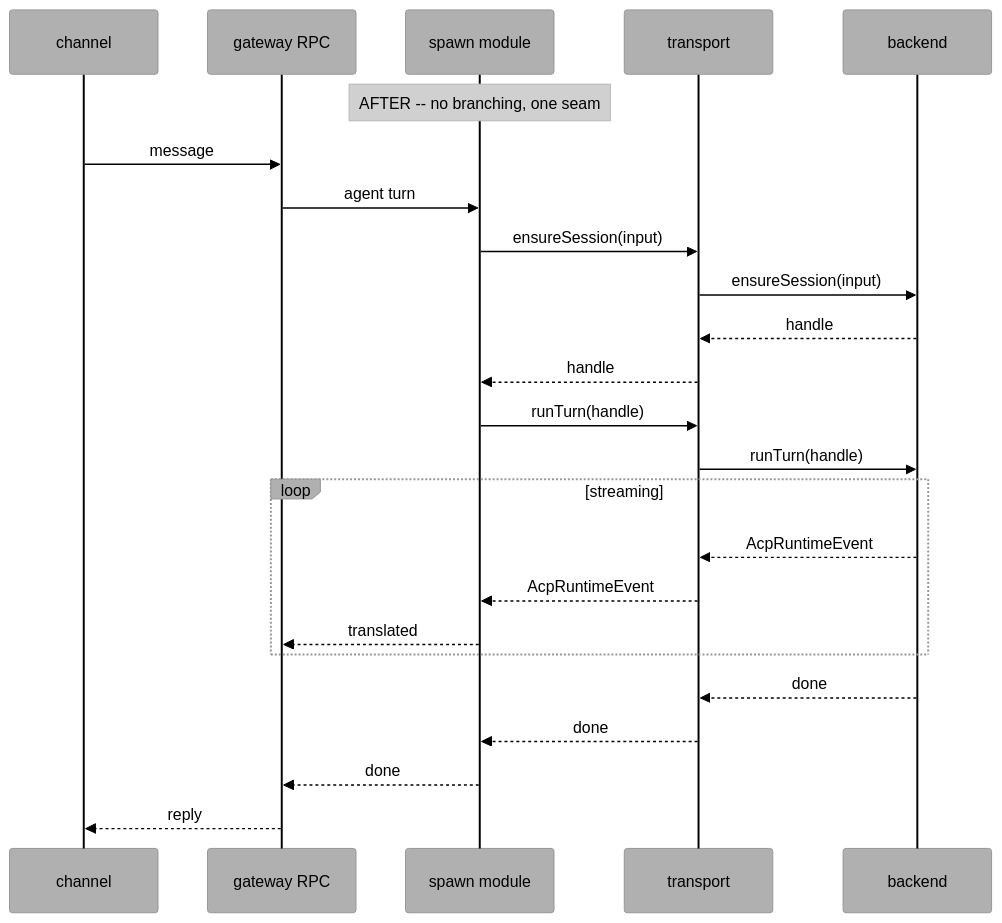
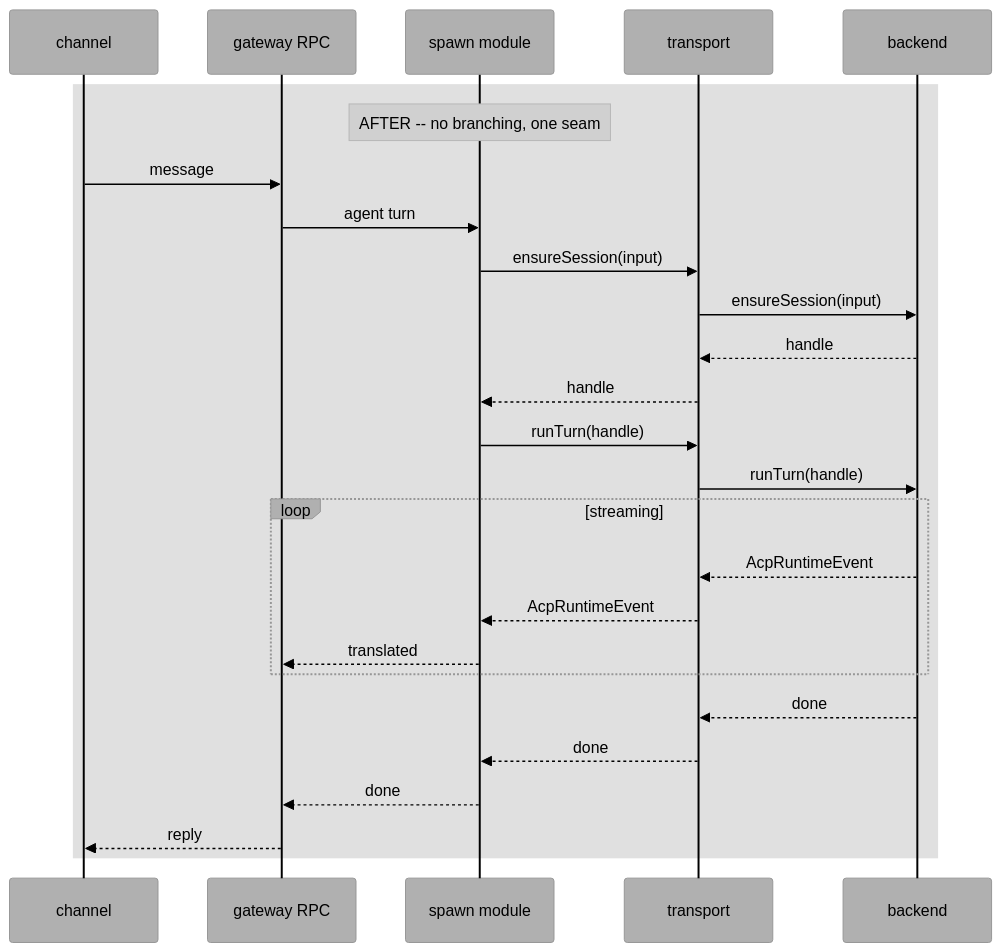
One commit to bochek/openclaw changed the fifth of 9 diagrams in docs/refactor/acp-everywhere.md. Above: the diagram before and after it, drawn with Mermaid. The commit also changed other lines of this file, not shown here.

Commit message:
docs: wrap ACP-everywhere sequence diagrams in native Mermaid rect blocks for dark-mode readability

````diff
--- a/docs/refactor/acp-everywhere.md
+++ b/docs/refactor/acp-everywhere.md
@@ -198,27 +200,29 @@
 ```mermaid
-%%{init: {'theme':'base','themeCSS':'svg{background:#e0e0e0;} .messageText{fill:#000000 !important;} .messageLine0,.messageLine1{stroke:#000000 !important;} text.actor{fill:#000000 !important;} .loopText,.loopText>tspan{fill:#000000 !important;} rect.actor{fill:#b0b0b0 !important;stroke:#000000 !important;}','themeVariables':{'background':'#e0e0e0','primaryColor':'#b0b0b0','secondaryColor':'#a0a0a0','tertiaryColor':'#909090','primaryTextColor':'#000000','secondaryTextColor':'#000000','tertiaryTextColor':'#000000','noteTextColor':'#000000','lineColor':'#000000','actorLineColor':'#000000','signalColor':'#000000','actorBkg':'#b0b0b0','actorTextColor':'#000000','noteBkgColor':'#d0d0d0','stateLabelColor':'#000000','compositeBackground':'#c0c0c0'}}}%%
+%%{init: {'theme':'base','themeVariables':{'primaryColor':'#b0b0b0','secondaryColor':'#a0a0a0','tertiaryColor':'#909090','primaryTextColor':'#000000','secondaryTextColor':'#000000','tertiaryTextColor':'#000000','noteTextColor':'#000000','lineColor':'#000000','actorLineColor':'#000000','signalColor':'#000000','actorBkg':'#b0b0b0','actorTextColor':'#000000','noteBkgColor':'#d0d0d0','stateLabelColor':'#000000','compositeBackground':'#c0c0c0'}}}%%
 sequenceDiagram
     participant U as channel
     participant G as gateway RPC
     participant SP as spawn module
     participant T as transport
     participant B as backend
-    Note over SP: AFTER -- no branching, one seam
-    U->>G: message
-    G->>SP: agent turn
-    SP->>T: ensureSession(input)
-    T->>B: ensureSession(input)
-    B-->>T: handle
-    T-->>SP: handle
-    SP->>T: runTurn(handle)
-    T->>B: runTurn(handle)
-    loop streaming
-        B-->>T: AcpRuntimeEvent
-        T-->>SP: AcpRuntimeEvent
-        SP-->>G: translated
+    rect rgb(224, 224, 224)
+      Note over SP: AFTER -- no branching, one seam
+      U->>G: message
+      G->>SP: agent turn
+      SP->>T: ensureSession(input)
+      T->>B: ensureSession(input)
+      B-->>T: handle
+      T-->>SP: handle
+      SP->>T: runTurn(handle)
+      T->>B: runTurn(handle)
+      loop streaming
+          B-->>T: AcpRuntimeEvent
+          T-->>SP: AcpRuntimeEvent
+          SP-->>G: translated
+      end
+      B-->>T: done
+      T-->>SP: done
+      SP-->>G: done
+      G-->>U: reply
     end
-    B-->>T: done
-    T-->>SP: done
-    SP-->>G: done
-    G-->>U: reply
 ```
````
